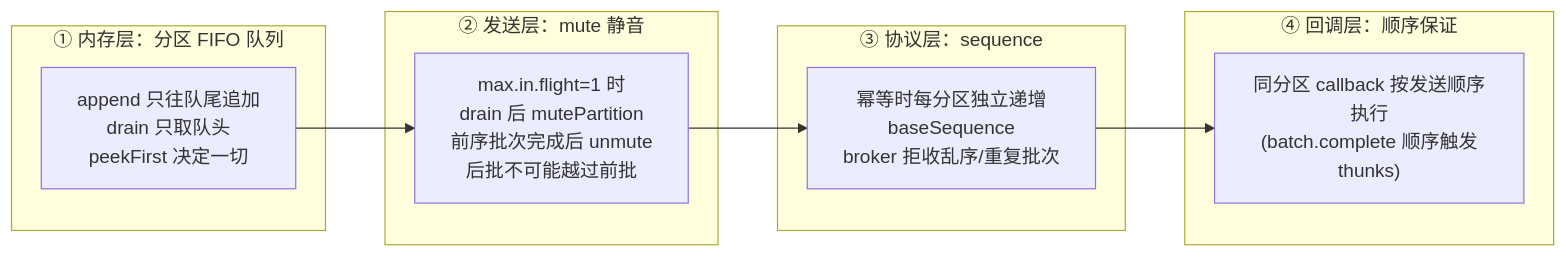
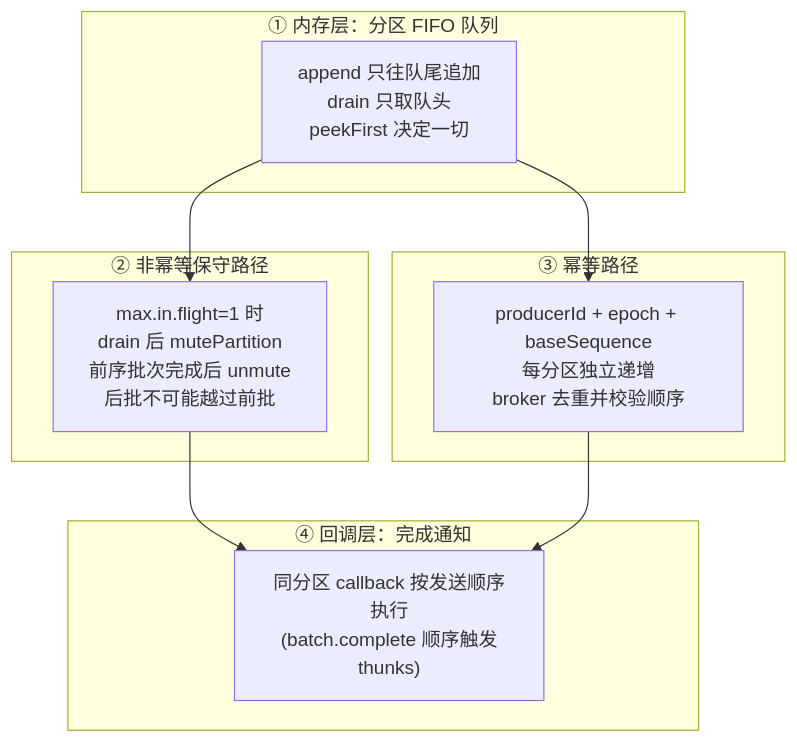
Diagram 19 of 23 in clients/src/main/resources/KafkaProducer发送链路源码解析.md (asprial-moon/kafka), drawn with Mermaid before and after one commit. The commit also changed other lines of this file and 1 other file, not shown here.

Commit message:
提交文档

````diff
--- a/clients/src/main/resources/KafkaProducer发送链路源码解析.md
+++ b/clients/src/main/resources/KafkaProducer发送链路源码解析.md
@@ -653,16 +653,17 @@
 ```mermaid
-flowchart LR
+flowchart TB
     subgraph L1["① 内存层：分区 FIFO 队列"]
         A["append 只往队尾追加<br/>drain 只取队头<br/>peekFirst 决定一切"]
     end
-    subgraph L2["② 发送层：mute 静音"]
+    subgraph P1["② 非幂等保守路径"]
         B["max.in.flight=1 时<br/>drain 后 mutePartition<br/>前序批次完成后 unmute<br/>后批不可能越过前批"]
     end
-    subgraph L3["③ 协议层：sequence"]
-        C["幂等时每分区独立递增<br/>baseSequence<br/>broker 拒收乱序/重复批次"]
+    subgraph P2["③ 幂等路径"]
+        C["producerId + epoch + baseSequence<br/>每分区独立递增<br/>broker 去重并校验顺序"]
     end
-    subgraph L4["④ 回调层：顺序保证"]
+    subgraph L4["④ 回调层：完成通知"]
         D["同分区 callback 按发送顺序执行<br/>(batch.complete 顺序触发<br/>thunks)"]
     end
-    A --> B --> C --> D
+    A --> B --> D
+    A --> C --> D
 ```
````
